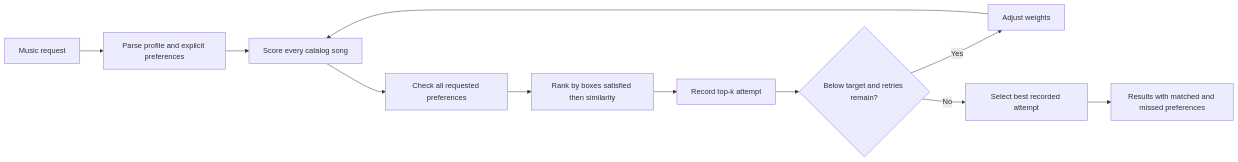
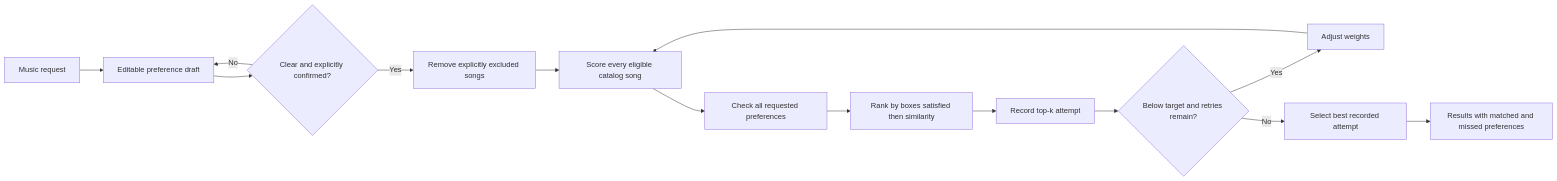
Before and after one commit to ZachR36/applied-ai-system-project: the diagram in README.md, drawn with Mermaid. The commit also changed other lines of this file and 14 other files, not shown here.

Commit message:
Improved user preference parsing, and added user confirmation before moving on with the preferences they gave. Separately, added checks for invalid song data so issues don't result in program crash or faulty recommendations.

````diff
--- a/README.md
+++ b/README.md
@@ -65,13 +85,16 @@
 ```mermaid
 flowchart LR
-    A[Music request] --> B[Parse profile and explicit preferences]
-    B --> C[Score every catalog song]
+    A[Music request] --> B[Editable preference draft]
+    B --> R{Clear and explicitly confirmed?}
+    R -->|No| B
+    R -->|Yes| X[Remove explicitly excluded songs]
+    X --> C[Score every eligible catalog song]
     C --> D[Check all requested preferences]
     D --> E[Rank by boxes satisfied then similarity]
     E --> F[Record top-k attempt]
     F --> G{Below target and retries remain?}
     G -->|Yes| H[Adjust weights]
     H --> C
     G -->|No| I[Select best recorded attempt]
     I --> J[Results with matched and missed preferences]
 ```
````
